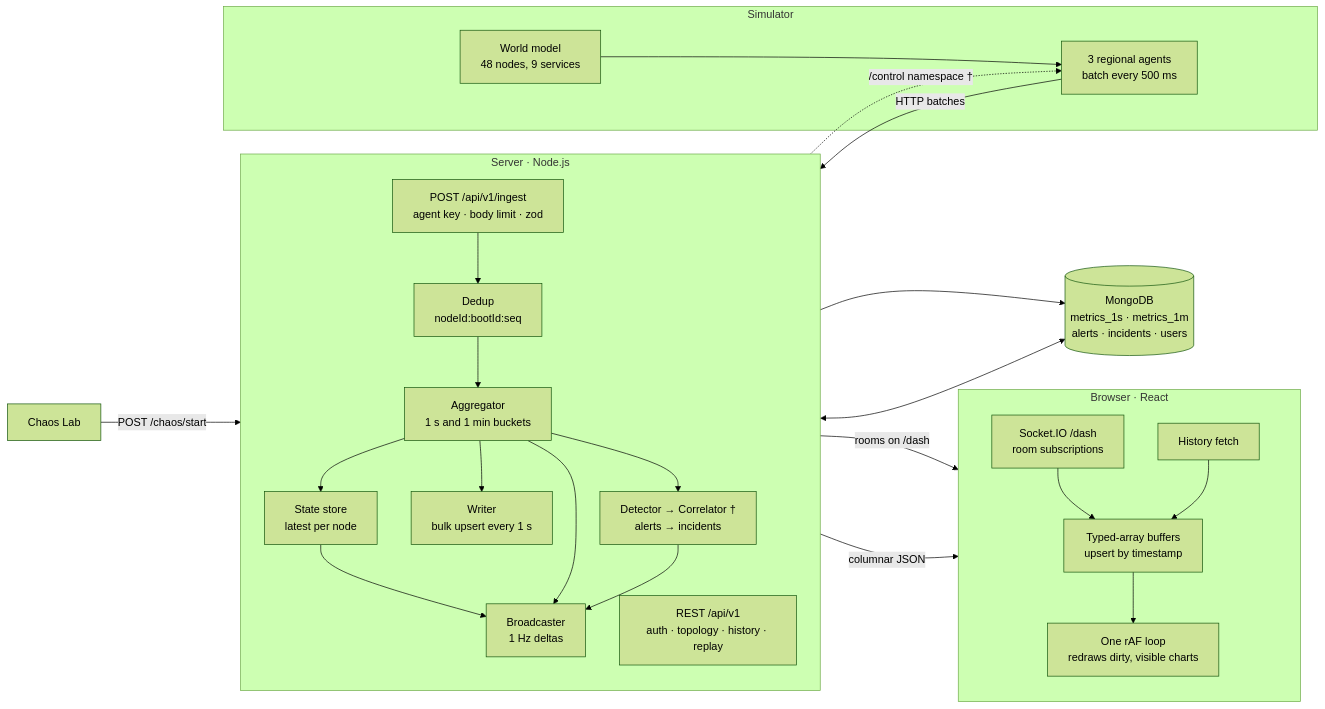
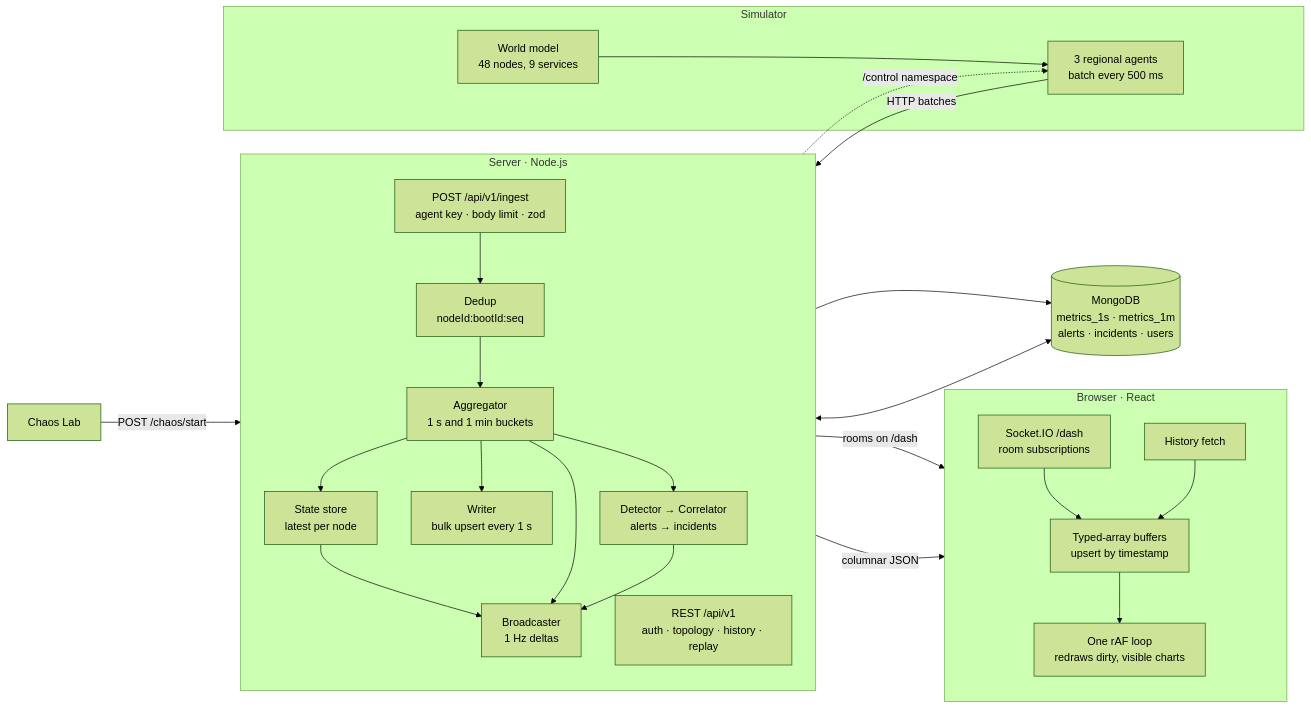
One commit to GouravN97/Epicenter changed the first of 4 diagrams in docs/ARCHITECTURE.md. Above: the diagram before and after it, drawn with Mermaid (forest theme). The commit also changed other lines of this file and 4 other files, not shown here.

````diff
--- a/docs/ARCHITECTURE.md
+++ b/docs/ARCHITECTURE.md
@@ -24,36 +20,36 @@
 ```mermaid
 flowchart LR
   subgraph SIM[Simulator]
     W[World model<br/>48 nodes, 9 services] --> AG[3 regional agents<br/>batch every 500 ms]
   end
 
   subgraph API[Server · Node.js]
     direction TB
     IN[POST /api/v1/ingest<br/>agent key · body limit · zod] --> DD[Dedup<br/>nodeId:bootId:seq]
     DD --> AGG[Aggregator<br/>1 s and 1 min buckets]
     AGG --> ST[State store<br/>latest per node]
     AGG --> WR[Writer<br/>bulk upsert every 1 s]
-    AGG --> DET[Detector → Correlator †<br/>alerts → incidents]
+    AGG --> DET[Detector → Correlator<br/>alerts → incidents]
     ST --> BC[Broadcaster<br/>1 Hz deltas]
     AGG --> BC
     DET --> BC
     REST[REST /api/v1<br/>auth · topology · history · replay]
   end
 
   DB[(MongoDB<br/>metrics_1s · metrics_1m<br/>alerts · incidents · users)]
 
   subgraph WEB[Browser · React]
     direction TB
     SK[Socket.IO /dash<br/>room subscriptions] --> BUF[Typed-array buffers<br/>upsert by timestamp]
     HIST[History fetch] --> BUF
     BUF --> RAF[One rAF loop<br/>redraws dirty, visible charts]
   end
 
   AG -- HTTP batches --> IN
   WR --> DB
   REST <--> DB
   BC -- rooms on /dash --> SK
   REST -- columnar JSON --> HIST
   ADMIN[Chaos Lab] -- POST /chaos/start --> REST
-  REST -. /control namespace † .-> AG
+  REST -. /control namespace .-> AG
 ```
````
